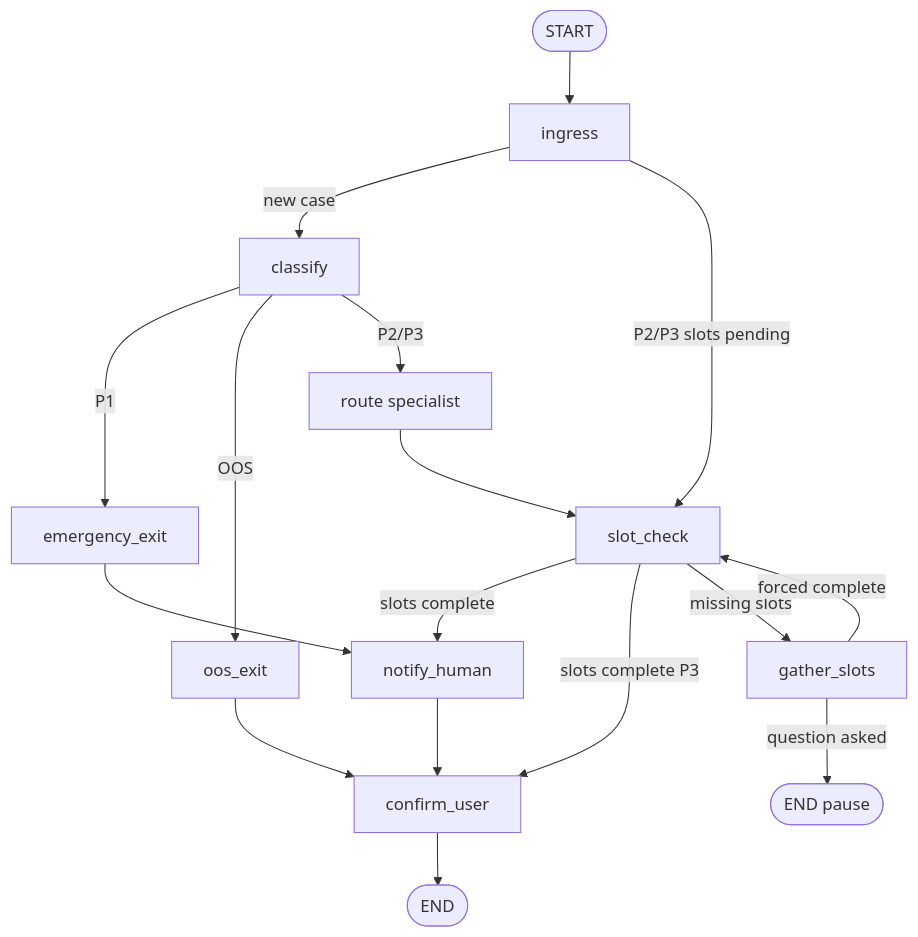
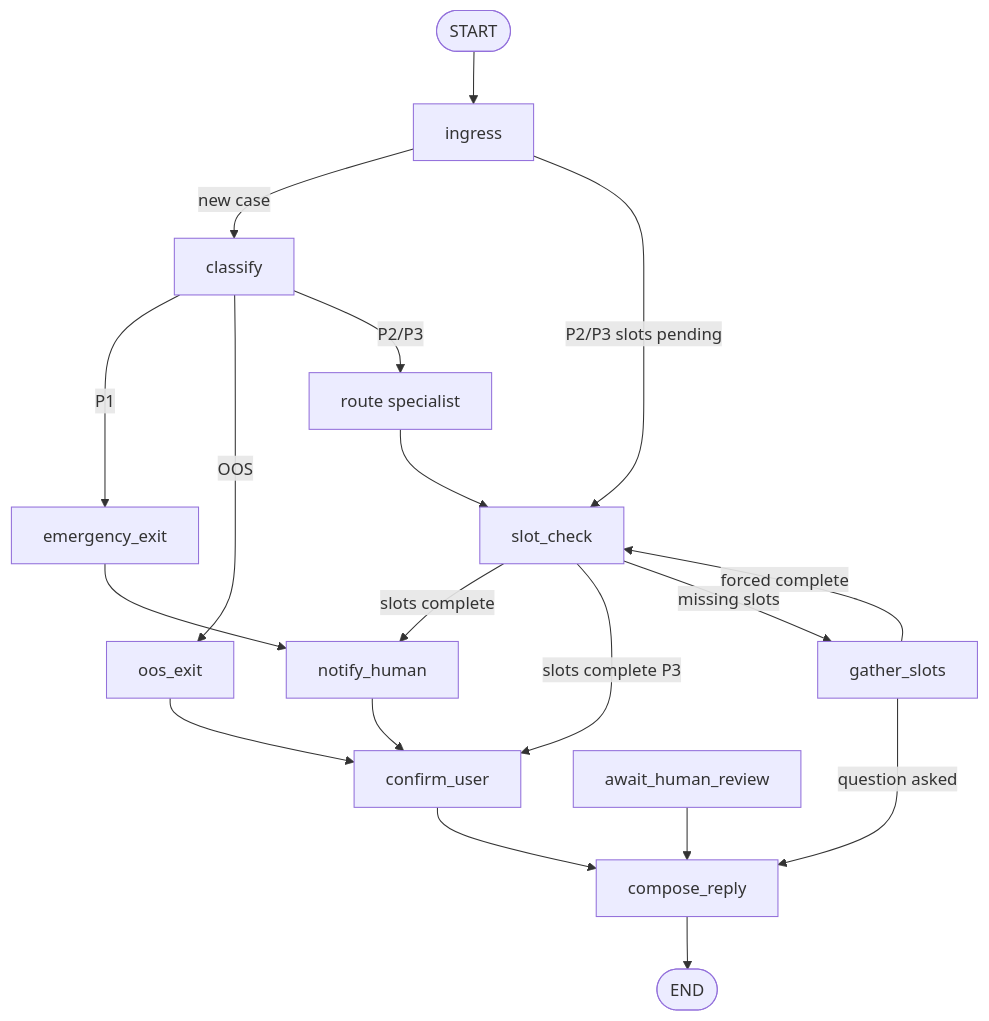
The diagram in docs/architecture/langgraph.md (OmgItsAmmer/Sehat), drawn with Mermaid before and after one commit. The commit also changed other lines of this file and 55 other files, not shown here.

````diff
--- a/docs/architecture/langgraph.md
+++ b/docs/architecture/langgraph.md
@@ -27,19 +27,21 @@
 ```mermaid
 flowchart TD
     START([START]) --> ingress[ingress]
     ingress -->|new case| classify[classify]
     ingress -->|P2/P3 slots pending| slot_check[slot_check]
     classify -->|P1| emergency[emergency_exit]
     classify -->|OOS| oos[oos_exit]
     classify -->|P2/P3| route[route specialist]
     route --> slot_check[slot_check]
     emergency --> notify[notify_human]
     notify --> confirm[confirm_user]
     oos --> confirm
     slot_check -->|slots complete| notify
     slot_check -->|slots complete P3| confirm
     slot_check -->|missing slots| gather[gather_slots]
-    gather -->|question asked| END1([END pause])
+    gather -->|question asked| compose_reply[compose_reply]
     gather -->|forced complete| slot_check
-    confirm --> END2([END])
+    confirm --> compose_reply
+    await_human_review --> compose_reply
+    compose_reply --> END2([END])
 ```
````
